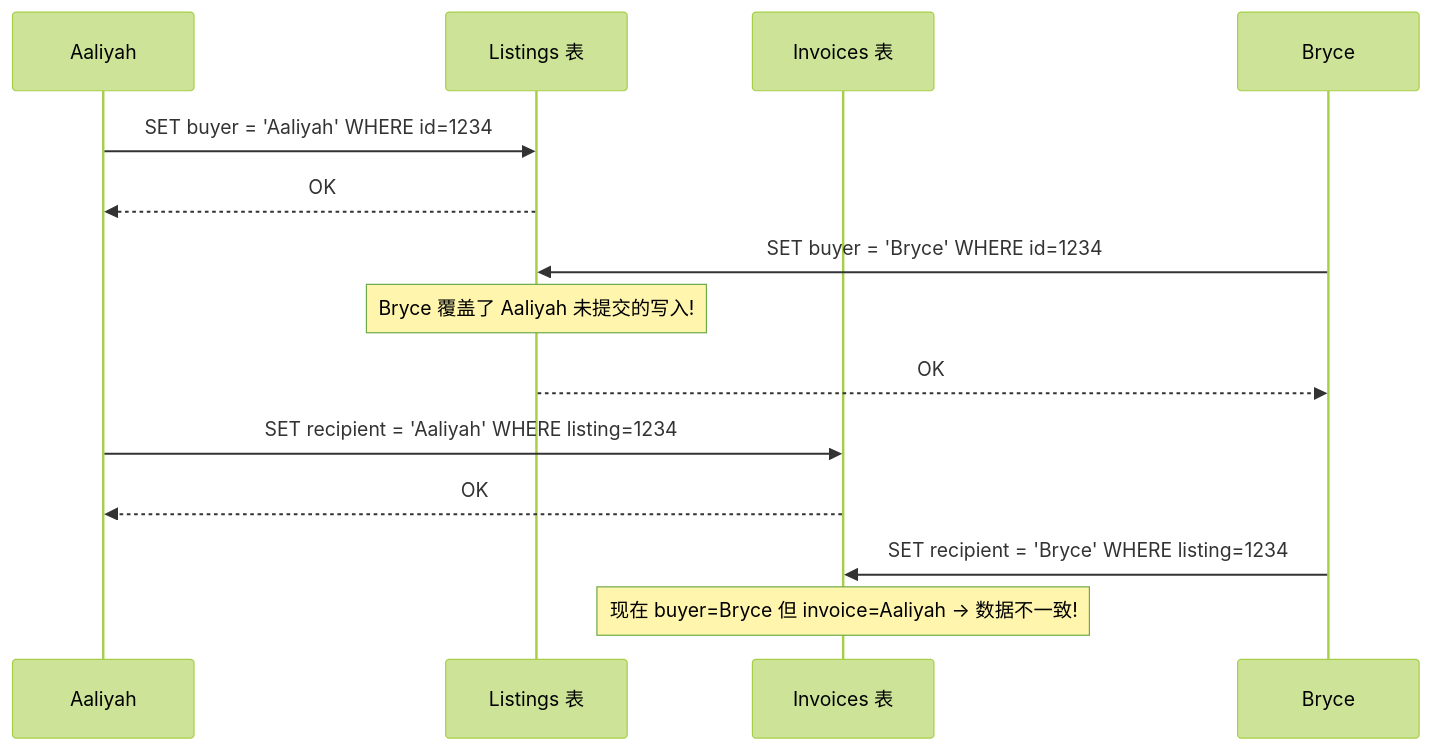
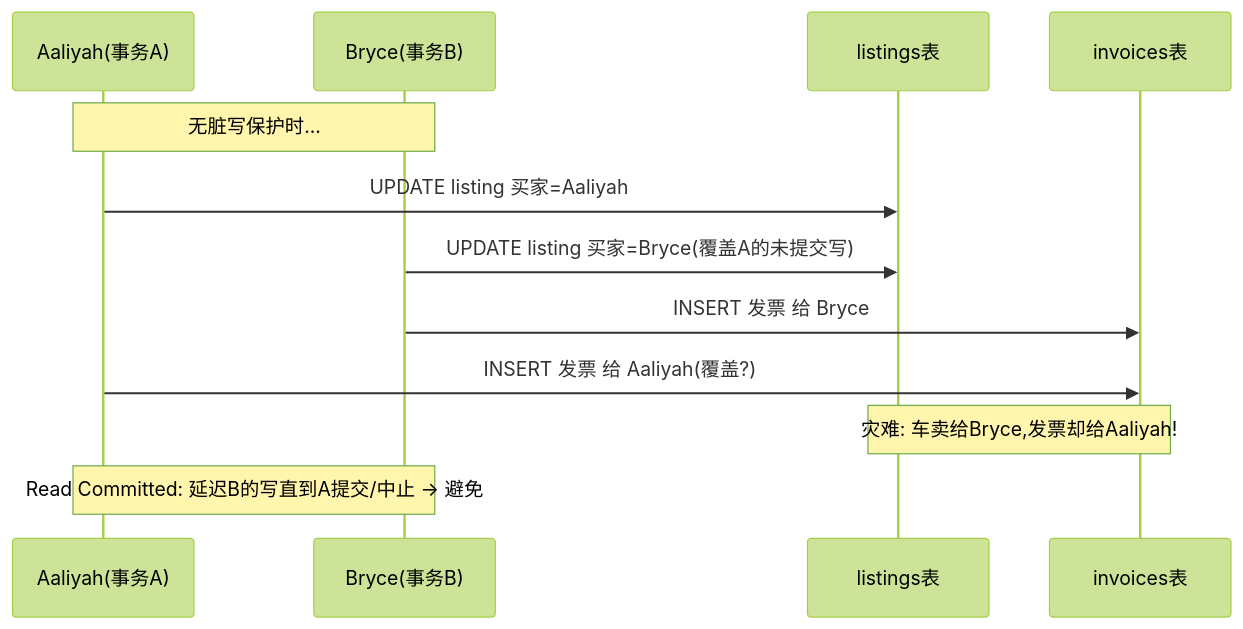
One commit to socoo123/ddia_2nd changed the tenth of 40 diagrams in ch08-事务.md. Above: the diagram before and after it, drawn with Mermaid (forest theme). The commit also changed other lines of this file and 8 other files, not shown here.

First line of the commit message:
重写 ch01-ch09 读书笔记：风格统一 + 内容扩充 + 大量图表

````diff
--- a/ch08-事务.md
+++ b/ch08-事务.md
@@ -295,17 +331,14 @@
 ```mermaid
 sequenceDiagram
-    participant Aaliyah
-    participant Listings as Listings 表
-    participant Invoices as Invoices 表
-    participant Bryce
-
-    Aaliyah->>Listings: SET buyer = 'Aaliyah' WHERE id=1234
-    Listings-->>Aaliyah: OK
-    Bryce->>Listings: SET buyer = 'Bryce' WHERE id=1234
-    Note over Listings: Bryce 覆盖了 Aaliyah 未提交的写入!
-    Listings-->>Bryce: OK
-    Aaliyah->>Invoices: SET recipient = 'Aaliyah' WHERE listing=1234
-    Invoices-->>Aaliyah: OK
-    Bryce->>Invoices: SET recipient = 'Bryce' WHERE listing=1234
-    Note over Invoices: 现在 buyer=Bryce 但 invoice=Aaliyah → 数据不一致!
+    participant A as Aaliyah(事务A)
+    participant B as Bryce(事务B)
+    participant L as listings表
+    participant I as invoices表
+    Note over A,B: 无脏写保护时...
+    A->>L: UPDATE listing 买家=Aaliyah
+    B->>L: UPDATE listing 买家=Bryce(覆盖A的未提交写)
+    B->>I: INSERT 发票 给 Bryce
+    A->>I: INSERT 发票 给 Aaliyah(覆盖?)
+    Note over L,I: 灾难: 车卖给Bryce,发票却给Aaliyah!
+    Note over A,B: Read Committed: 延迟B的写直到A提交/中止 → 避免
 ```
````
